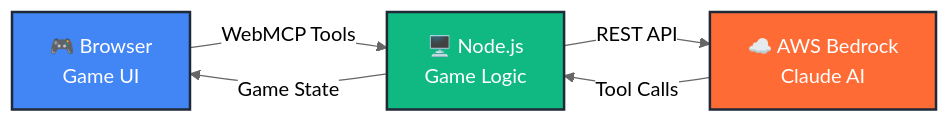
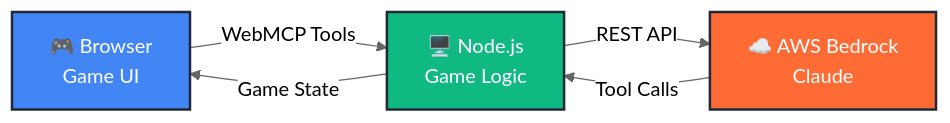
Before and after one commit to Md-Zubair677/MAZE_Game: the first of 2 diagrams in README.md, drawn with Mermaid (neutral theme). The commit also changed other lines of this file, not shown here.

````diff
--- a/README.md
+++ b/README.md
@@ -17,11 +96,11 @@
 ```mermaid
 graph LR
-    A["🎮 Browser<br/>Game UI"] -->|WebMCP Tools| B["🖥️ Node.js<br/>Game Logic"]
-    B -->|REST API| C["☁️ AWS Bedrock<br/>Claude AI"]
-    C -->|Tool Calls| B
-    B -->|Game State| A
-    
+    A["🎮 Browser<br/>Game UI"] -->|"WebMCP Tools"| B["🖥️ Node.js<br/>Game Logic"]
+    B -->|"REST API"| C["☁️ AWS Bedrock<br/>Claude"]
+    C -->|"Tool Calls"| B
+    B -->|"Game State"| A
+
     style A fill:#4285F4,stroke:#1F2937,stroke-width:2px,color:#fff
     style B fill:#10B981,stroke:#1F2937,stroke-width:2px,color:#fff
     style C fill:#FF6B35,stroke:#1F2937,stroke-width:2px,color:#fff
 ```
````
